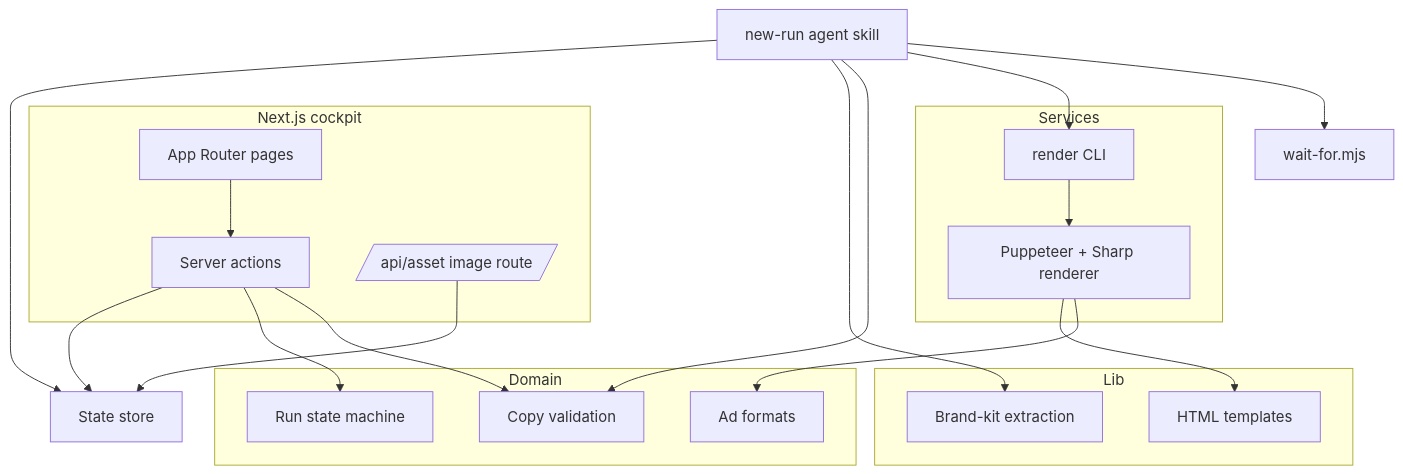
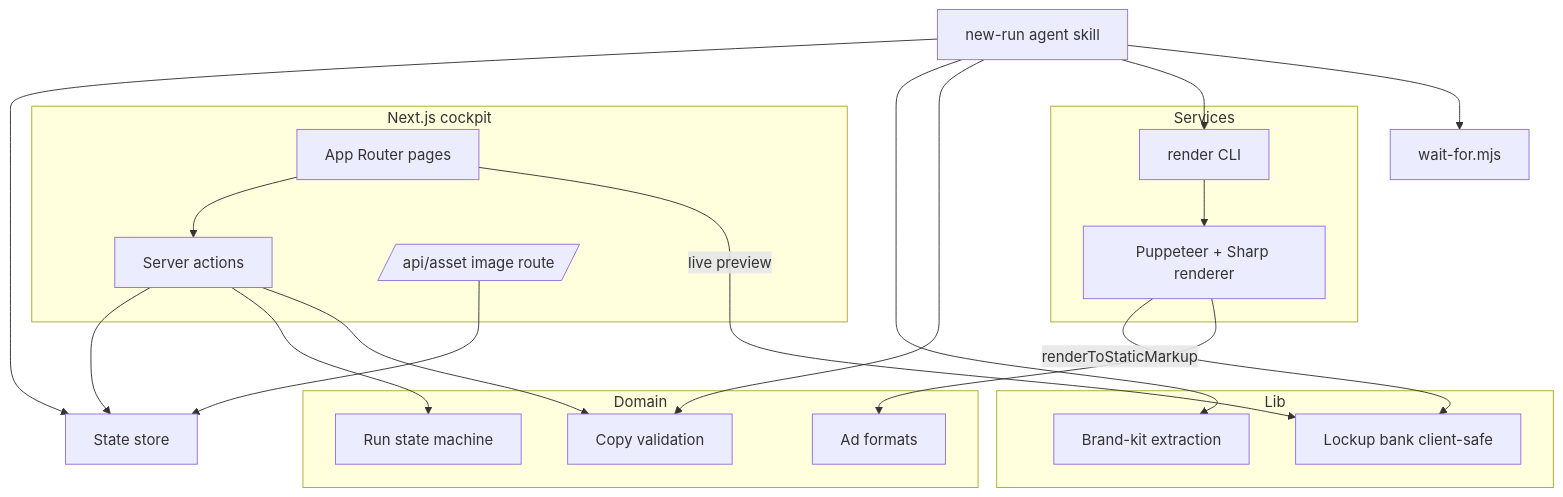
Before and after one commit to jfa94/asset-generator: the second of 2 diagrams in docs/architecture/overview.md, drawn with Mermaid. The commit also changed other lines of this file and 49 other files, not shown here.

First line of the commit message:
Creative overhaul: 7-lockup bank, live previews, render at finalize + UX polish

````diff
--- a/docs/architecture/overview.md
+++ b/docs/architecture/overview.md
@@ -59,38 +59,39 @@
 ```mermaid
 graph TD
     subgraph Cockpit[Next.js cockpit]
         Pages[App Router pages]
         Actions[Server actions]
         AssetAPI[/api/asset image route/]
     end
     Store[State store]
     subgraph DomainLayer[Domain]
         RunFsm[Run state machine]
         CopyVal[Copy validation]
         Formats[Ad formats]
     end
     subgraph LibLayer[Lib]
         BrandKit[Brand-kit extraction]
-        Templates[HTML templates]
+        Lockups[Lockup bank client-safe]
     end
     subgraph Services[Services]
         Render[Puppeteer + Sharp renderer]
         RenderCLI[render CLI]
     end
     Skill[new-run agent skill]
     Wait[wait-for.mjs]
 
     Pages --> Actions
+    Pages -->|live preview| Lockups
     Actions --> Store
     Actions --> RunFsm
     Actions --> CopyVal
     AssetAPI --> Store
     RenderCLI --> Render
-    Render --> Templates
+    Render -->|renderToStaticMarkup| Lockups
     Render --> Formats
     Skill --> Store
     Skill --> BrandKit
     Skill --> CopyVal
     Skill --> RenderCLI
     Skill --> Wait
 ```
````
